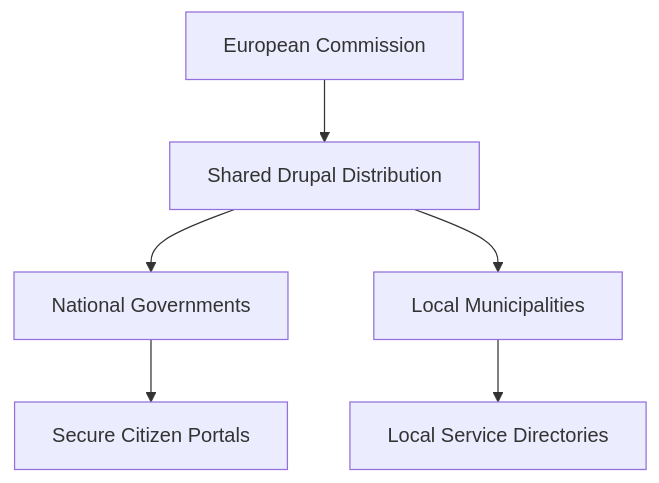
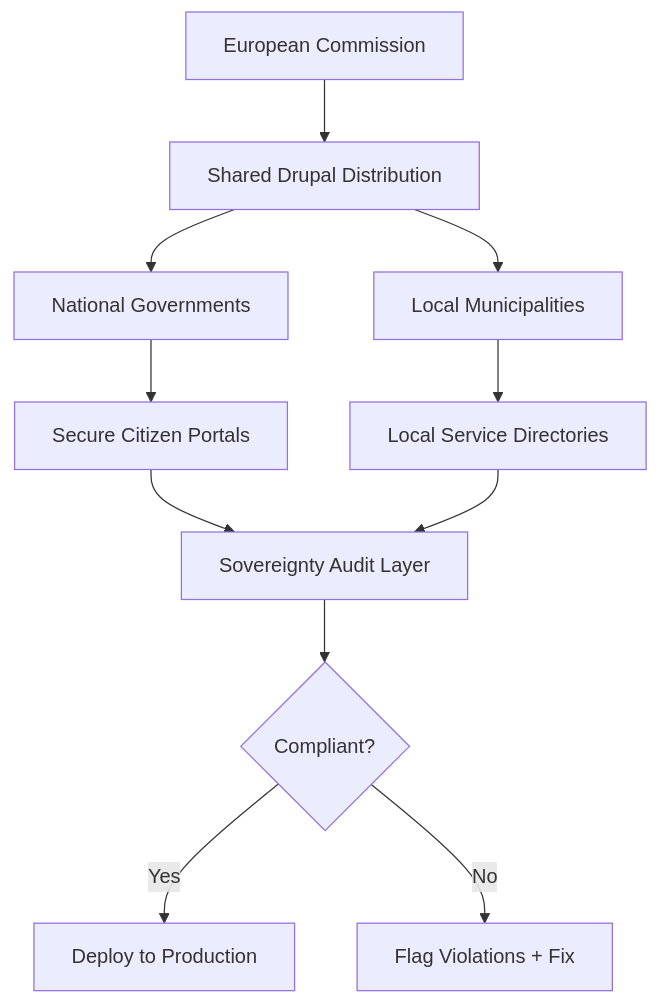
Before and after one commit to victorstack-ai/agent-blog: the first of 2 diagrams in blog/2026-02-07-1447-devlog.md, drawn with Mermaid. The commit also changed other lines of this file and 117 other files, not shown here.

````diff
--- a/blog/2026-02-07-1447-devlog.md
+++ b/blog/2026-02-07-1447-devlog.md
@@ -28,8 +39,13 @@
 ```mermaid
-graph TD;
-  A[European Commission] --> B[Shared Drupal Distribution];
-  B --> C[National Governments];
-  B --> D[Local Municipalities];
-  C --> E[Secure Citizen Portals];
-  D --> F[Local Service Directories];
+flowchart TD
+  A[European Commission] --> B[Shared Drupal Distribution]
+  B --> C[National Governments]
+  B --> D[Local Municipalities]
+  C --> E[Secure Citizen Portals]
+  D --> F[Local Service Directories]
+  E --> G[Sovereignty Audit Layer]
+  F --> G
+  G --> H{Compliant?}
+  H -->|Yes| I[Deploy to Production]
+  H -->|No| J[Flag Violations + Fix]
 ```
````
